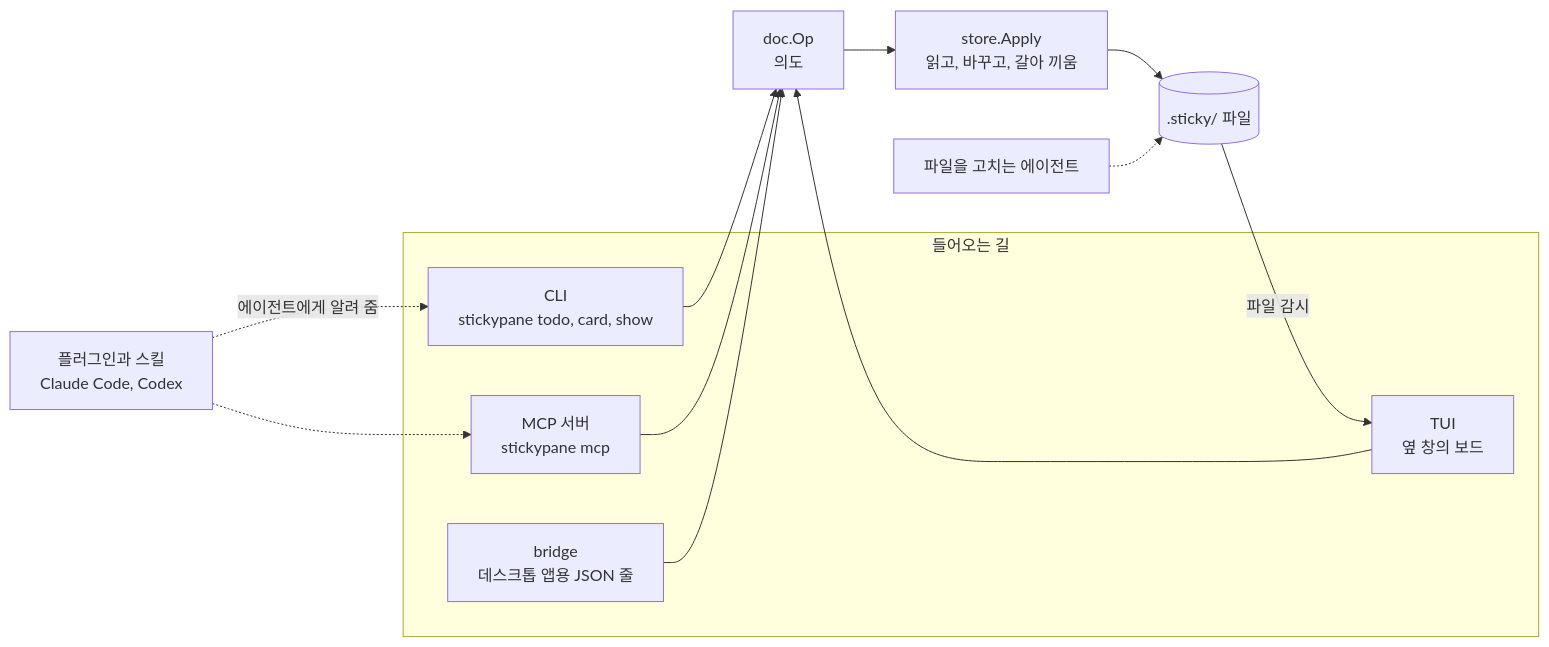
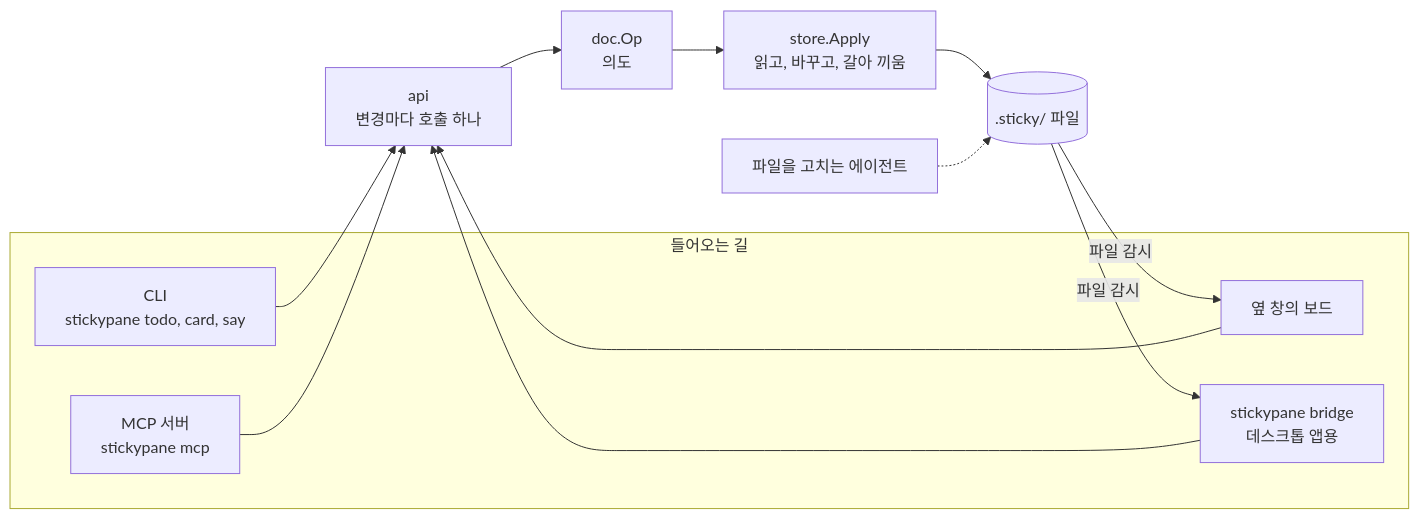
The third of 6 diagrams in README.ko.md (LeeSwallow/stickypane), drawn with Mermaid before and after one commit. The commit also changed other lines of this file and 1 other file, not shown here.

First line of the commit message:
docs: the desktop app's bridge and the layers in the README's How it works

````diff
--- a/README.ko.md
+++ b/README.ko.md
@@ -200,19 +199,19 @@
 ```mermaid
 flowchart LR
     subgraph ways["들어오는 길"]
-        cli["CLI<br/>stickypane todo, card, show"]
+        cli["CLI<br/>stickypane todo, card, say"]
         mcp["MCP 서버<br/>stickypane mcp"]
-        tui["TUI<br/>옆 창의 보드"]
-        bridge["bridge<br/>데스크톱 앱용 JSON 줄"]
+        tui["옆 창의 보드"]
+        bridge["stickypane bridge<br/>데스크톱 앱용"]
     end
-    plugin["플러그인과 스킬<br/>Claude Code, Codex"] -.->|"에이전트에게 알려 줌"| cli
-    plugin -.-> mcp
-    cli --> op["doc.Op<br/>의도"]
-    mcp --> op
-    tui --> op
-    bridge --> op
+    cli --> api["api<br/>변경마다 호출 하나"]
+    mcp --> api
+    tui --> api
+    bridge --> api
+    api --> op["doc.Op<br/>의도"]
     op --> apply["store.Apply<br/>읽고, 바꾸고, 갈아 끼움"]
     apply --> files[(".sticky/ 파일")]
     agent["파일을 고치는 에이전트"] -.-> files
     files -->|"파일 감시"| tui
+    files -->|"파일 감시"| bridge
 ```
````
